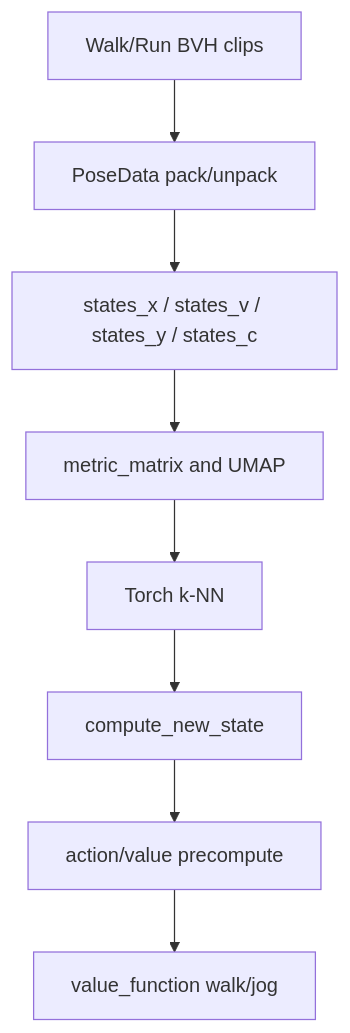
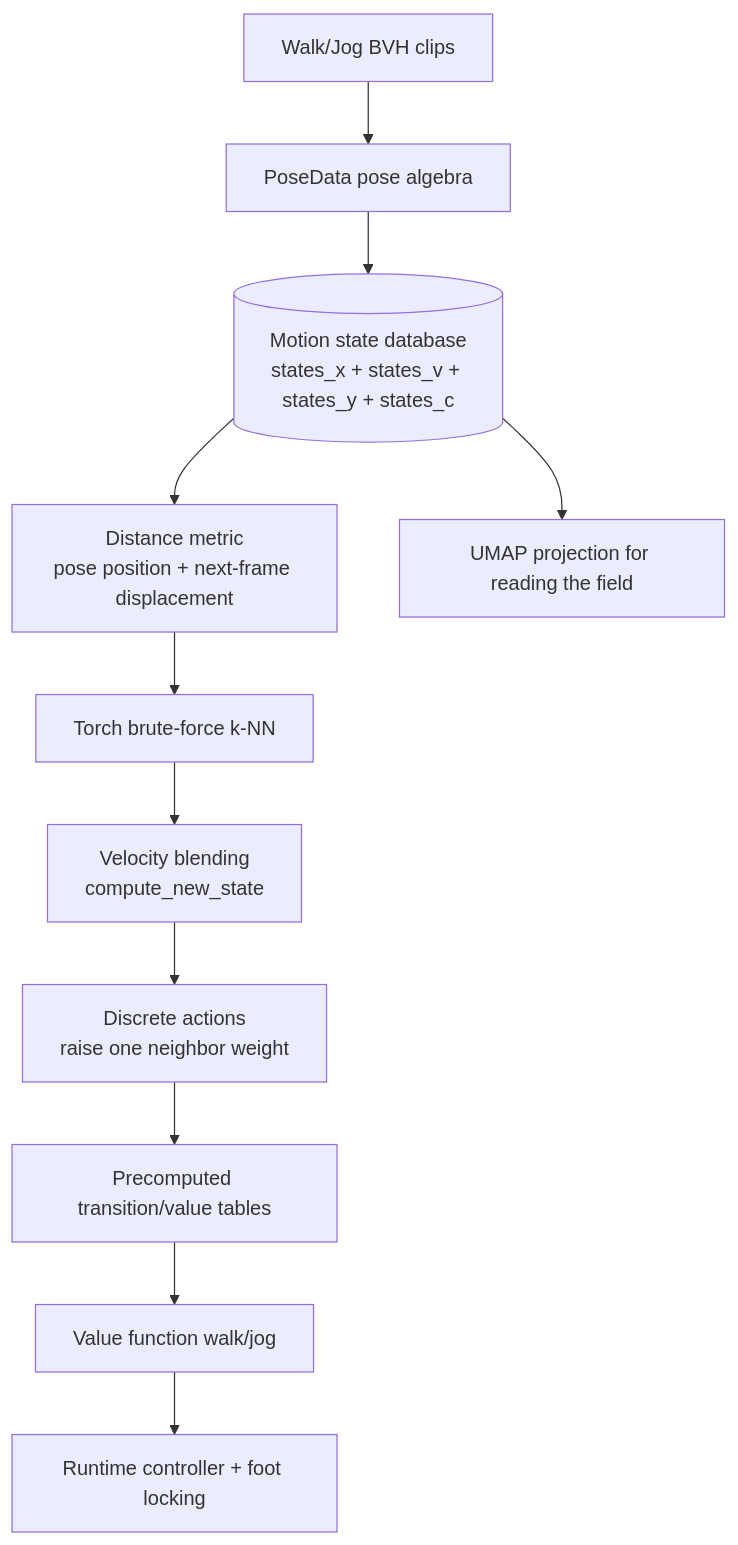
The first of 10 diagrams in docs/blog/AnimationPapers/motion_fields_for_interactive_character_animation/README.md (EvihGraphics/AnimationTech-HTC), drawn with Mermaid before and after one commit. The commit also changed other lines of this file and 6 other files, not shown here.

````diff
--- a/docs/blog/AnimationPapers/motion_fields_for_interactive_character_animation/README.md
+++ b/docs/blog/AnimationPapers/motion_fields_for_interactive_character_animation/README.md
@@ -27,10 +30,13 @@
 ```mermaid
 flowchart TD
-    A[Walk/Run BVH clips] --> B[PoseData pack/unpack]
-    B --> C[states_x / states_v / states_y / states_c]
-    C --> D[metric_matrix and UMAP]
-    D --> E[Torch k-NN]
-    E --> F[compute_new_state]
-    F --> G[action/value precompute]
-    G --> H[value_function walk/jog]
+    A[Walk/Jog BVH clips] --> B[PoseData pose algebra]
+    B --> C[(Motion state database<br/>states_x + states_v + states_y + states_c)]
+    C --> D[Distance metric<br/>pose position + next-frame displacement]
+    D --> E[Torch brute-force k-NN]
+    E --> F[Velocity blending<br/>compute_new_state]
+    F --> G[Discrete actions<br/>raise one neighbor weight]
+    G --> H[Precomputed transition/value tables]
+    H --> I[Value function walk/jog]
+    I --> J[Runtime controller + foot locking]
+    C --> K[UMAP projection for reading the field]
 ```
````
